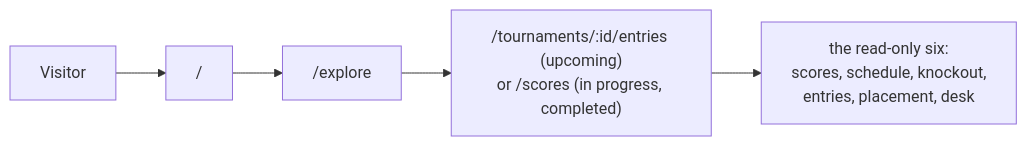
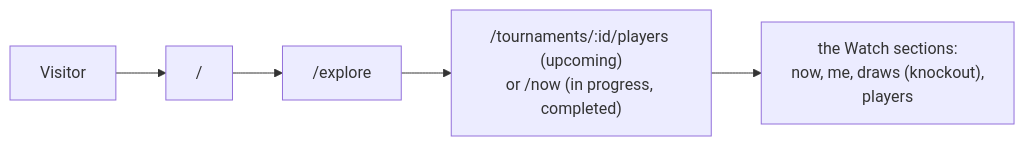
The first of 2 diagrams in docs/information-architecture.md (nhphuong2504/shuttle-scheduler), drawn with Mermaid before and after one commit. The commit also changed other lines of this file and 26 other files, not shown here.

First line of the commit message:
Give readers their own Watch pages: Now, My matches, Draws, Players

````diff
--- a/docs/information-architecture.md
+++ b/docs/information-architecture.md
@@ -171,7 +185,7 @@
 ```mermaid
 flowchart LR
   visitor["Visitor"] --> landing["/" ]
   landing --> explore["/explore"]
-  explore --> card["/tournaments/:id/entries (upcoming)<br/>or /scores (in progress, completed)"]
-  card --> sections["the read-only six:<br/>scores, schedule, knockout,<br/>entries, placement, desk"]
+  explore --> card["/tournaments/:id/players (upcoming)<br/>or /now (in progress, completed)"]
+  card --> sections["the Watch sections:<br/>now, me, draws (knockout),<br/>players"]
 ```
````
